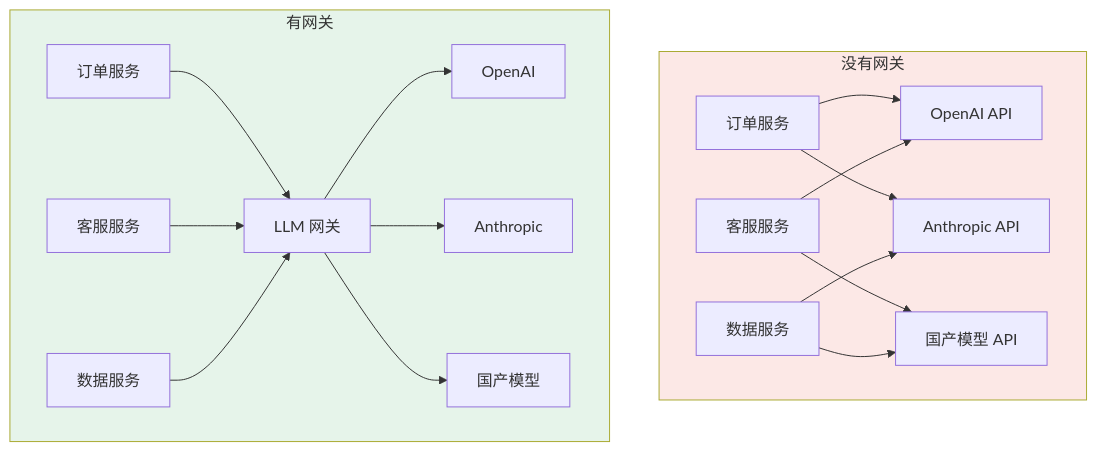
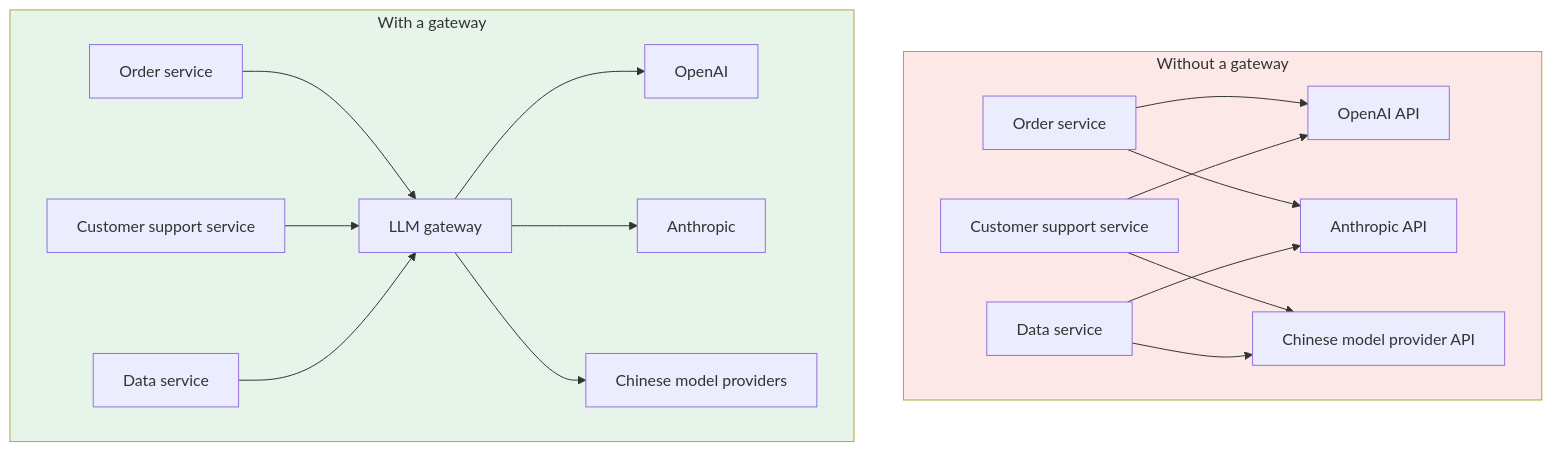
The first of 2 diagrams in docs/tools/05-transport-gateway/14-llm-gateway.md (oneleaveknowsthefall/awesome-ai-roadmap), drawn with Mermaid before and after one commit. The commit also changed other lines of this file and 42 other files, not shown here.

````diff
--- a/docs/tools/05-transport-gateway/14-llm-gateway.md
+++ b/docs/tools/05-transport-gateway/14-llm-gateway.md
@@ -11,23 +11,23 @@
 ```mermaid
 flowchart TB
-    subgraph NO["没有网关"]
-        A1[订单服务] --> O1[OpenAI API]
+    subgraph NO["Without a gateway"]
+        A1[Order service] --> O1[OpenAI API]
         A1 --> O2[Anthropic API]
-        A2[客服服务] --> O1
-        A2 --> O3[国产模型 API]
-        A3[数据服务] --> O2
+        A2[Customer support service] --> O1
+        A2 --> O3[Chinese model provider API]
+        A3[Data service] --> O2
         A3 --> O3
     end
 
-    subgraph YES["有网关"]
-        B1[订单服务] --> GW[LLM 网关]
-        B2[客服服务] --> GW
-        B3[数据服务] --> GW
+    subgraph YES["With a gateway"]
+        B1[Order service] --> GW[LLM gateway]
+        B2[Customer support service] --> GW
+        B3[Data service] --> GW
         GW --> P1[OpenAI]
         GW --> P2[Anthropic]
-        GW --> P3[国产模型]
+        GW --> P3[Chinese model providers]
     end
 
     style NO fill:#fce8e6
     style YES fill:#e6f4ea
 ```
````
